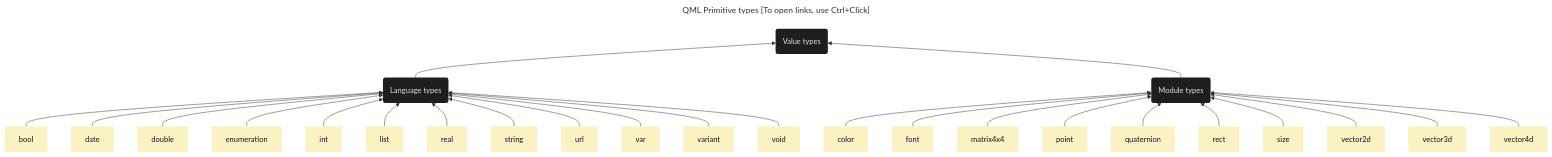
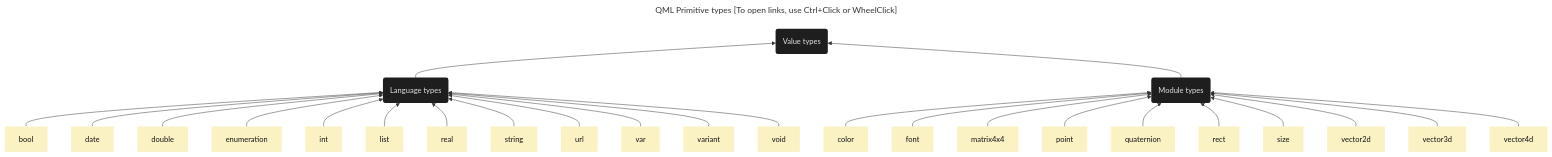
The first of 2 diagrams in README.md (SavenkovIgor/QmlClassDiagram), drawn with Mermaid before and after one commit. The commit also changed other lines of this file, not shown here.

Commit message:
Add wheel click info

````diff
--- a/README.md
+++ b/README.md
@@ -10,6 +10,6 @@
 ```mermaid
 ---
-title: QML Primitive types [To open links, use Ctrl+Click]
+title: QML Primitive types [To open links, use Ctrl+Click or WheelClick]
 ---
 graph BT
 classDef CommentStyle fill:#1e1e1e,stroke-width:0px,color:#e3e3e4;
````
